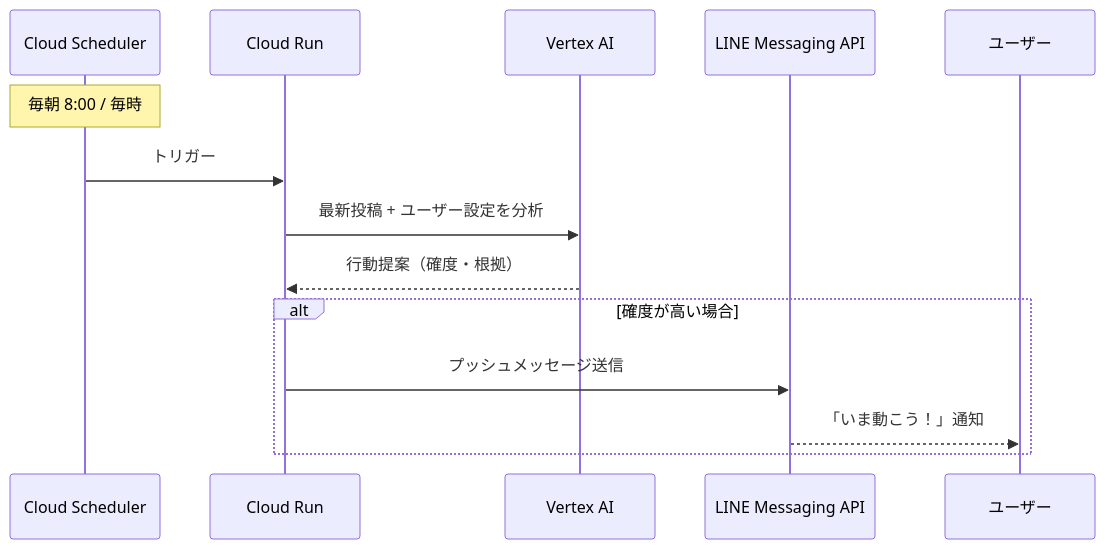
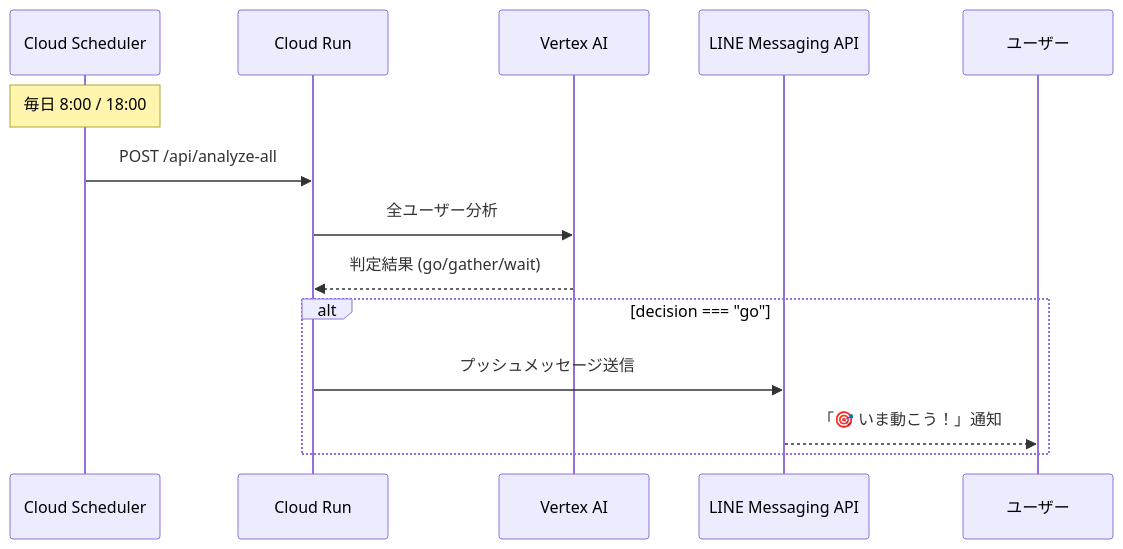
The fifth of 5 diagrams in README.md (nekoai-lab/tsugi-no-tokimeki), drawn with Mermaid before and after one commit. The commit also changed other lines of this file, not shown here.

Commit message:
docs: add LINE integration system design diagram

````diff
--- a/README.md
+++ b/README.md
@@ -366,18 +448,18 @@
 ```mermaid
 sequenceDiagram
     participant Scheduler as Cloud Scheduler
     participant API as Cloud Run
     participant AI as Vertex AI
     participant LINE as LINE Messaging API
     participant User as ユーザー
 
-    Note over Scheduler: 毎朝 8:00 / 毎時
-    Scheduler->>API: トリガー
-    API->>AI: 最新投稿 + ユーザー設定を分析
-    AI-->>API: 行動提案（確度・根拠）
+    Note over Scheduler: 毎日 8:00 / 18:00
+    Scheduler->>API: POST /api/analyze-all
+    API->>AI: 全ユーザー分析
+    AI-->>API: 判定結果 (go/gather/wait)
     
-    alt 確度が高い場合
+    alt decision === "go"
         API->>LINE: プッシュメッセージ送信
-        LINE-->>User: 「いま動こう！」通知
+        LINE-->>User: 「🎯 いま動こう！」通知
     end
 ```
````
